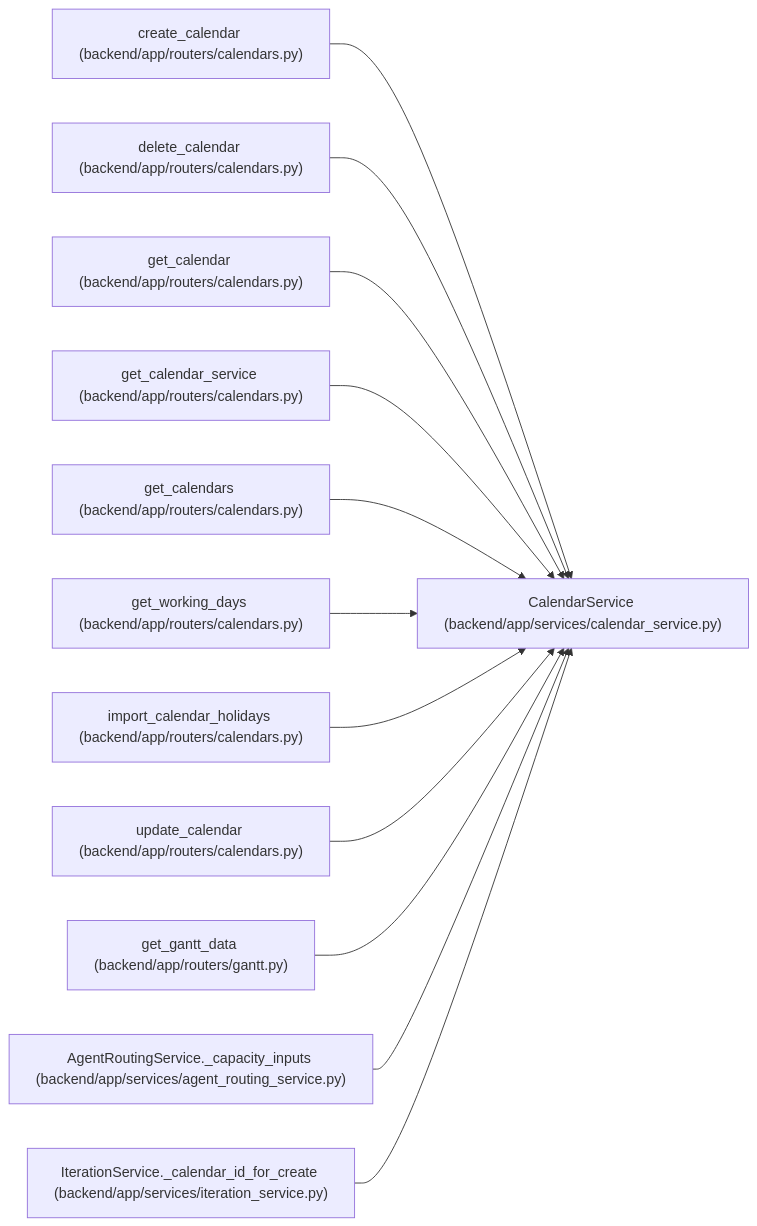
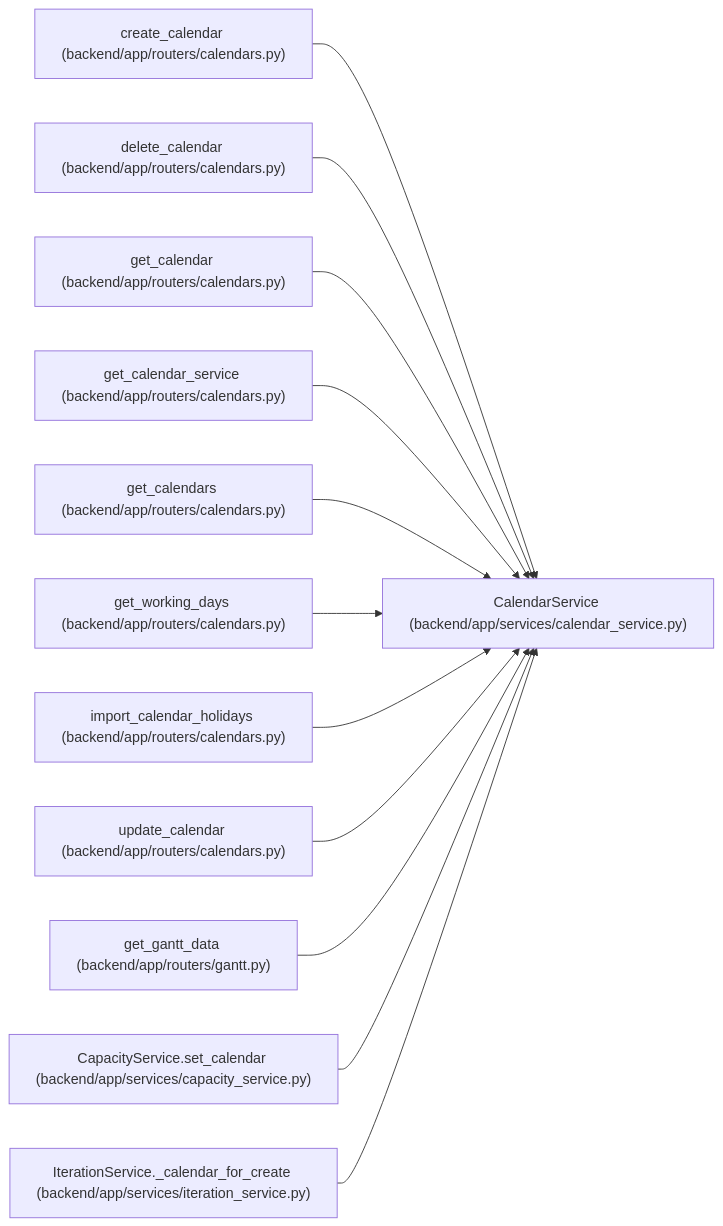
Before and after one commit to Denissvgn/WorkChord: the diagram in docs/llm_wiki/entities/CalendarService.md, drawn with Mermaid. The commit also changed other lines of this file and 920 other files, not shown here.

````diff
--- a/docs/llm_wiki/entities/CalendarService.md
+++ b/docs/llm_wiki/entities/CalendarService.md
@@ -37,38 +39,38 @@
 ```mermaid
 flowchart LR
     n0["CalendarService (backend/app/services/calendar_service.py)"]
     n1["create_calendar (backend/app/routers/calendars.py)"]
     n2["delete_calendar (backend/app/routers/calendars.py)"]
     n3["get_calendar (backend/app/routers/calendars.py)"]
     n4["get_calendar_service (backend/app/routers/calendars.py)"]
     n5["get_calendars (backend/app/routers/calendars.py)"]
     n6["get_working_days (backend/app/routers/calendars.py)"]
     n7["import_calendar_holidays (backend/app/routers/calendars.py)"]
     n8["update_calendar (backend/app/routers/calendars.py)"]
     n9["get_gantt_data (backend/app/routers/gantt.py)"]
-    n10["AgentRoutingService._capacity_inputs (backend/app/services/agent_routing_service.py)"]
-    n11["IterationService._calendar_id_for_create (backend/app/services/iteration_service.py)"]
+    n10["CapacityService.set_calendar (backend/app/services/capacity_service.py)"]
+    n11["IterationService._calendar_for_create (backend/app/services/iteration_service.py)"]
     n1 --> n0
     n2 --> n0
     n3 --> n0
     n4 --> n0
     n5 --> n0
     n6 --> n0
     n7 --> n0
     n8 --> n0
     n9 --> n0
     n10 --> n0
     n11 --> n0
     click n0 "../modules/calendar_service.md"
     click n1 "../modules/calendars.md"
     click n2 "../modules/calendars.md"
     click n3 "../modules/calendars.md"
     click n4 "../modules/calendars.md"
     click n5 "../modules/calendars.md"
     click n6 "../modules/calendars.md"
     click n7 "../modules/calendars.md"
     click n8 "../modules/calendars.md"
     click n9 "../modules/routers_gantt.md"
-    click n10 "../modules/agent_routing_service.md"
+    click n10 "../modules/capacity_service.md"
     click n11 "../modules/iteration_service.md"
 ```
````
